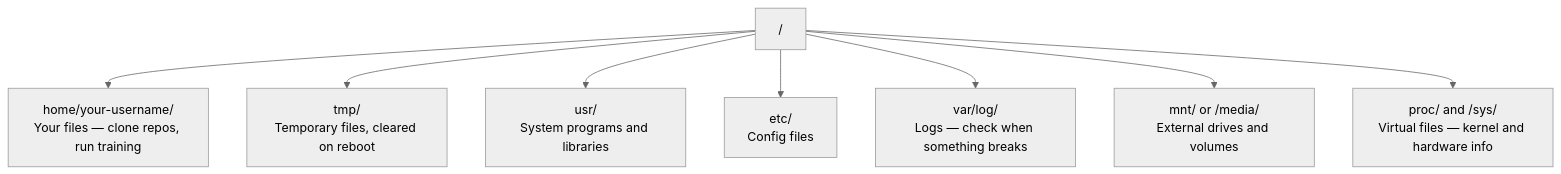
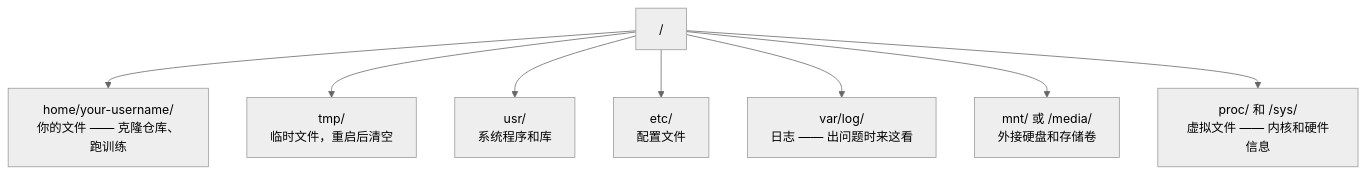
One commit to alessandrodinisio-ai/ai-engineering-learning-framework changed the diagram in phases/00-setup-and-tooling/11-linux-for-ai/docs/zh.md. Above: the diagram before and after it, drawn with Mermaid (neutral theme). The commit also changed 120 other files, not shown here.

First line of the commit message:
i18n(mermaid): 337 个 mermaid 图表标签中文化

````diff
--- a/phases/00-setup-and-tooling/11-linux-for-ai/docs/zh.md
+++ b/phases/00-setup-and-tooling/11-linux-for-ai/docs/zh.md
@@ -27,10 +27,10 @@
 ```mermaid
 graph TD
-    root["/"] --> home["home/your-username/<br/>Your files — clone repos, run training"]
-    root --> tmp["tmp/<br/>Temporary files, cleared on reboot"]
-    root --> usr["usr/<br/>System programs and libraries"]
-    root --> etc["etc/<br/>Config files"]
-    root --> varlog["var/log/<br/>Logs — check when something breaks"]
-    root --> mnt["mnt/ or /media/<br/>External drives and volumes"]
-    root --> proc["proc/ and /sys/<br/>Virtual files — kernel and hardware info"]
+    root["/"] --> home["home/your-username/<br/>你的文件 —— 克隆仓库、跑训练"]
+    root --> tmp["tmp/<br/>临时文件，重启后清空"]
+    root --> usr["usr/<br/>系统程序和库"]
+    root --> etc["etc/<br/>配置文件"]
+    root --> varlog["var/log/<br/>日志 —— 出问题时来这看"]
+    root --> mnt["mnt/ 或 /media/<br/>外接硬盘和存储卷"]
+    root --> proc["proc/ 和 /sys/<br/>虚拟文件 —— 内核和硬件信息"]
 ```
````
